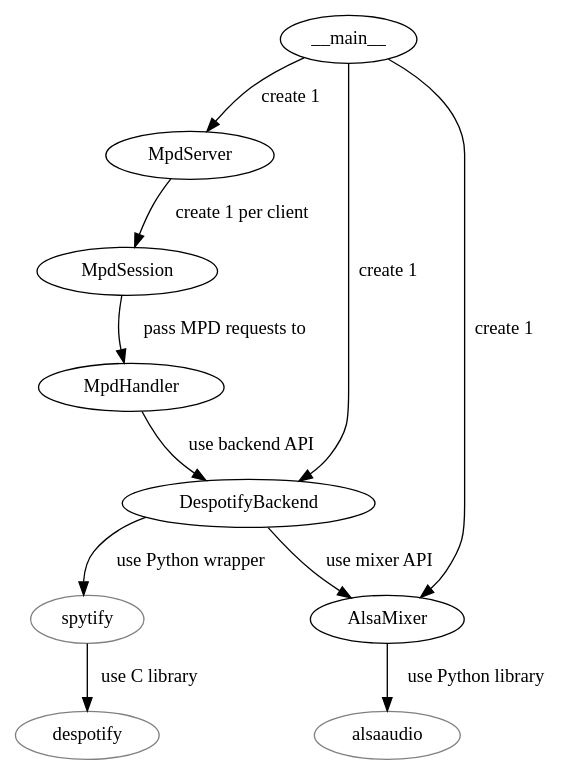
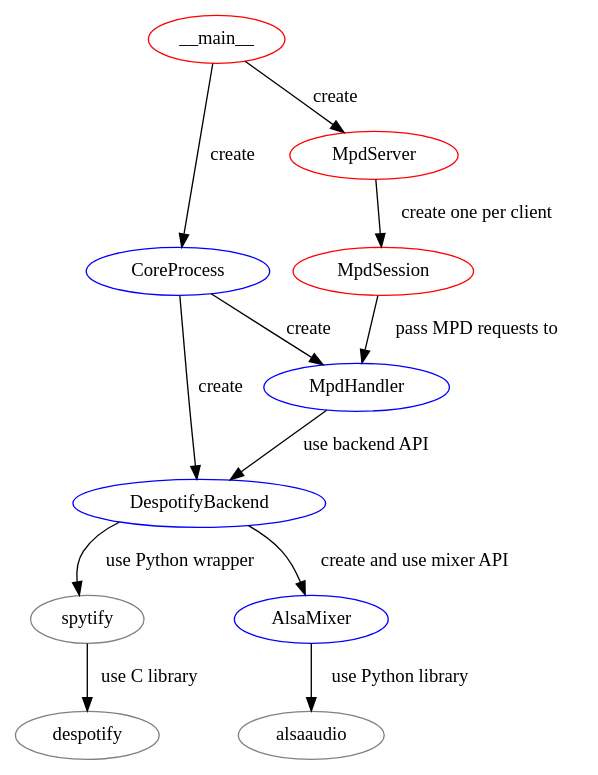
One commit to mopidy/mopidy changed the diagram in docs/development/internals.rst. Above: the diagram before and after it, drawn with Graphviz. The commit also changed other lines of this file, not shown here.

Commit message:
docs: Update class instantiation diagram

```diff
--- a/docs/development/internals.rst
+++ b/docs/development/internals.rst
@@ -19,15 +21,23 @@
 .. digraph:: class_instantiation_and_usage
 
     "spytify" [ color="gray" ]
     "despotify" [ color="gray" ]
     "alsaaudio" [ color="gray" ]
-    "__main__" -> "MpdServer" [ label="create 1" ]
-    "__main__" -> "AlsaMixer" [ label="create 1" ]
-    "__main__" -> "DespotifyBackend" [ label="create 1" ]
-    "MpdServer" -> "MpdSession" [ label="create 1 per client" ]
+    "__main__" [ color="red" ]
+    "CoreProcess" [ color="blue" ]
+    "DespotifyBackend" [ color="blue" ]
+    "AlsaMixer" [ color="blue" ]
+    "MpdHandler" [ color="blue" ]
+    "MpdServer" [ color="red" ]
+    "MpdSession" [ color="red" ]
+    "__main__" -> "CoreProcess" [ label="create" ]
+    "__main__" -> "MpdServer" [ label="create" ]
+    "CoreProcess" -> "DespotifyBackend" [ label="create" ]
+    "CoreProcess" -> "MpdHandler" [ label="create" ]
+    "MpdServer" -> "MpdSession" [ label="create one per client" ]
     "MpdSession" -> "MpdHandler" [ label="pass MPD requests to" ]
     "MpdHandler" -> "DespotifyBackend" [ label="use backend API" ]
+    "DespotifyBackend" -> "AlsaMixer" [ label="create and use mixer API" ]
     "DespotifyBackend" -> "spytify" [ label="use Python wrapper" ]
     "spytify" -> "despotify" [ label="use C library" ]
-    "DespotifyBackend" -> "AlsaMixer" [ label="use mixer API" ]
     "AlsaMixer" -> "alsaaudio" [ label="use Python library" ]
```
